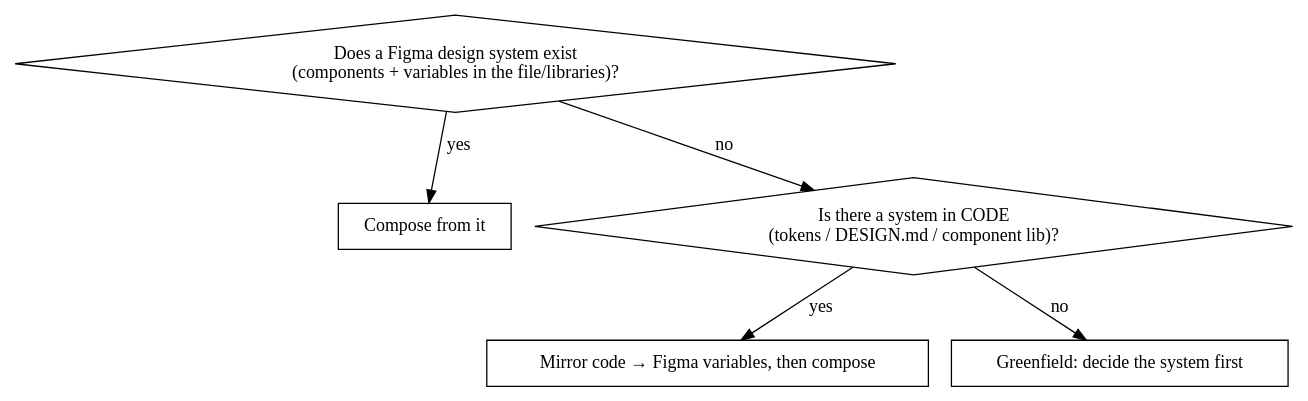
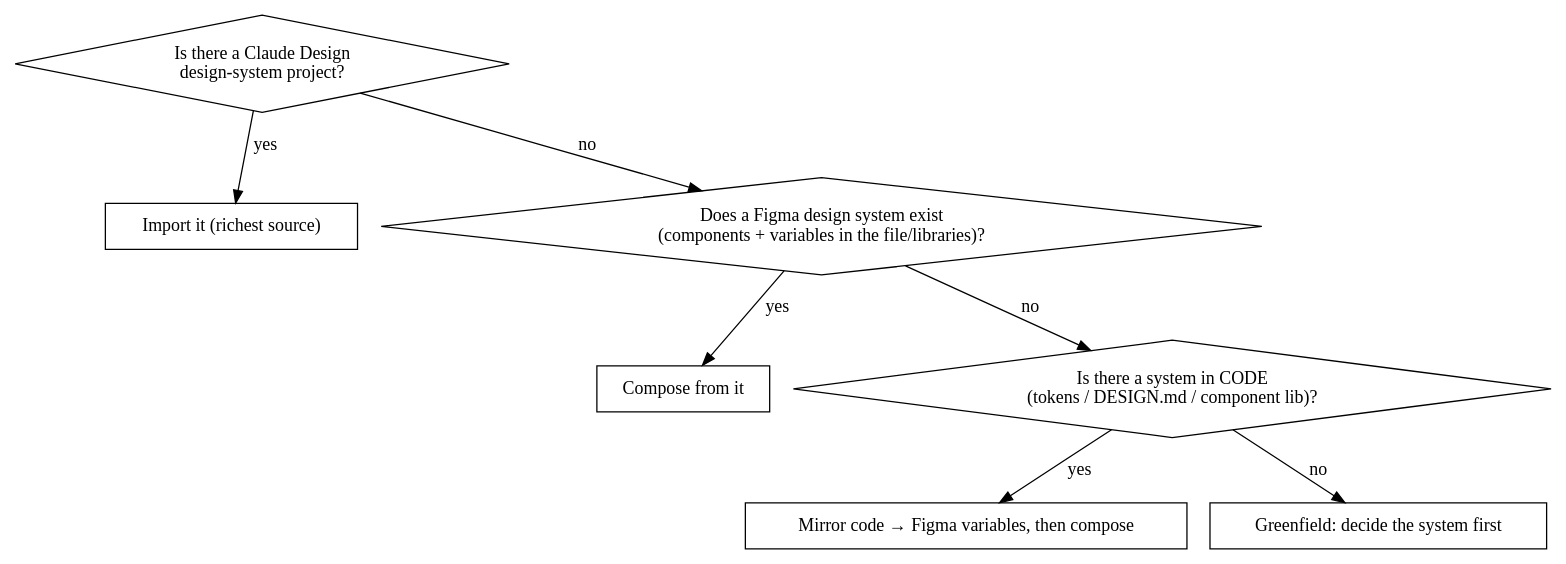
One commit to Studio-Moser/skills-n-stuff changed the diagram in plugins/figma-design/skills/designing-in-figma/SKILL.md. Above: the diagram before and after it, drawn with Graphviz. The commit also changed other lines of this file and 5 other files, not shown here.

First line of the commit message:
feat(figma-design): add Claude Design import branch and correct MCP guidance

````diff
--- a/plugins/figma-design/skills/designing-in-figma/SKILL.md
+++ b/plugins/figma-design/skills/designing-in-figma/SKILL.md
@@ -56,14 +76,18 @@
 ```dot
 digraph branch {
+  "Is there a Claude Design\ndesign-system project?" [shape=diamond];
+  "Import it (richest source)" [shape=box];
   "Does a Figma design system exist\n(components + variables in the file/libraries)?" [shape=diamond];
   "Compose from it" [shape=box];
   "Is there a system in CODE\n(tokens / DESIGN.md / component lib)?" [shape=diamond];
   "Mirror code → Figma variables, then compose" [shape=box];
   "Greenfield: decide the system first" [shape=box];
 
+  "Is there a Claude Design\ndesign-system project?" -> "Import it (richest source)" [label="yes"];
+  "Is there a Claude Design\ndesign-system project?" -> "Does a Figma design system exist\n(components + variables in the file/libraries)?" [label="no"];
   "Does a Figma design system exist\n(components + variables in the file/libraries)?" -> "Compose from it" [label="yes"];
   "Does a Figma design system exist\n(components + variables in the file/libraries)?" -> "Is there a system in CODE\n(tokens / DESIGN.md / component lib)?" [label="no"];
   "Is there a system in CODE\n(tokens / DESIGN.md / component lib)?" -> "Mirror code → Figma variables, then compose" [label="yes"];
   "Is there a system in CODE\n(tokens / DESIGN.md / component lib)?" -> "Greenfield: decide the system first" [label="no"];
 }
 ```
````
